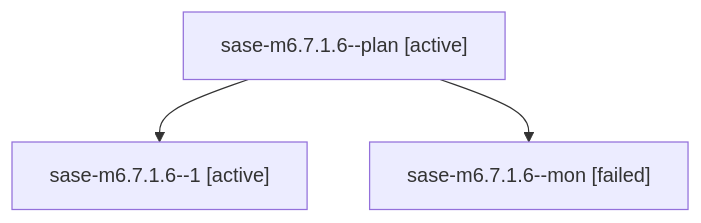
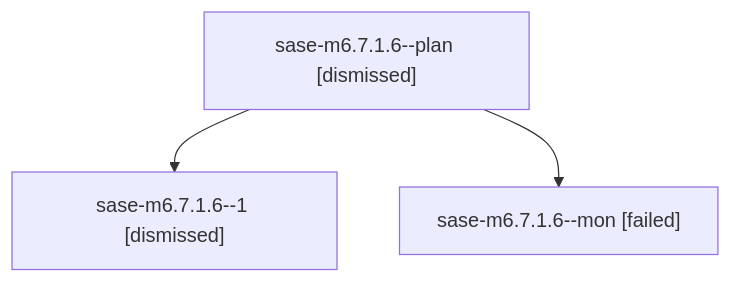
The diagram in sessions/bbugyi200.athena.sase-m6.7.1.6.md (sase-org/sase--agents), drawn with Mermaid before and after one commit. The commit also changed other lines of this file and 187 other files, not shown here.

````diff
--- a/sessions/bbugyi200.athena.sase-m6.7.1.6.md
+++ b/sessions/bbugyi200.athena.sase-m6.7.1.6.md
@@ -9,8 +9,8 @@
 ```mermaid
 flowchart TD
-  n0["sase-m6.7.1.6--plan [active]"]
-  n1["sase-m6.7.1.6--1 [active]"]
+  n0["sase-m6.7.1.6--plan [dismissed]"]
+  n1["sase-m6.7.1.6--1 [dismissed]"]
   n0 --> n1
   n2["sase-m6.7.1.6--mon [failed]"]
   n0 --> n2
 ```
````
